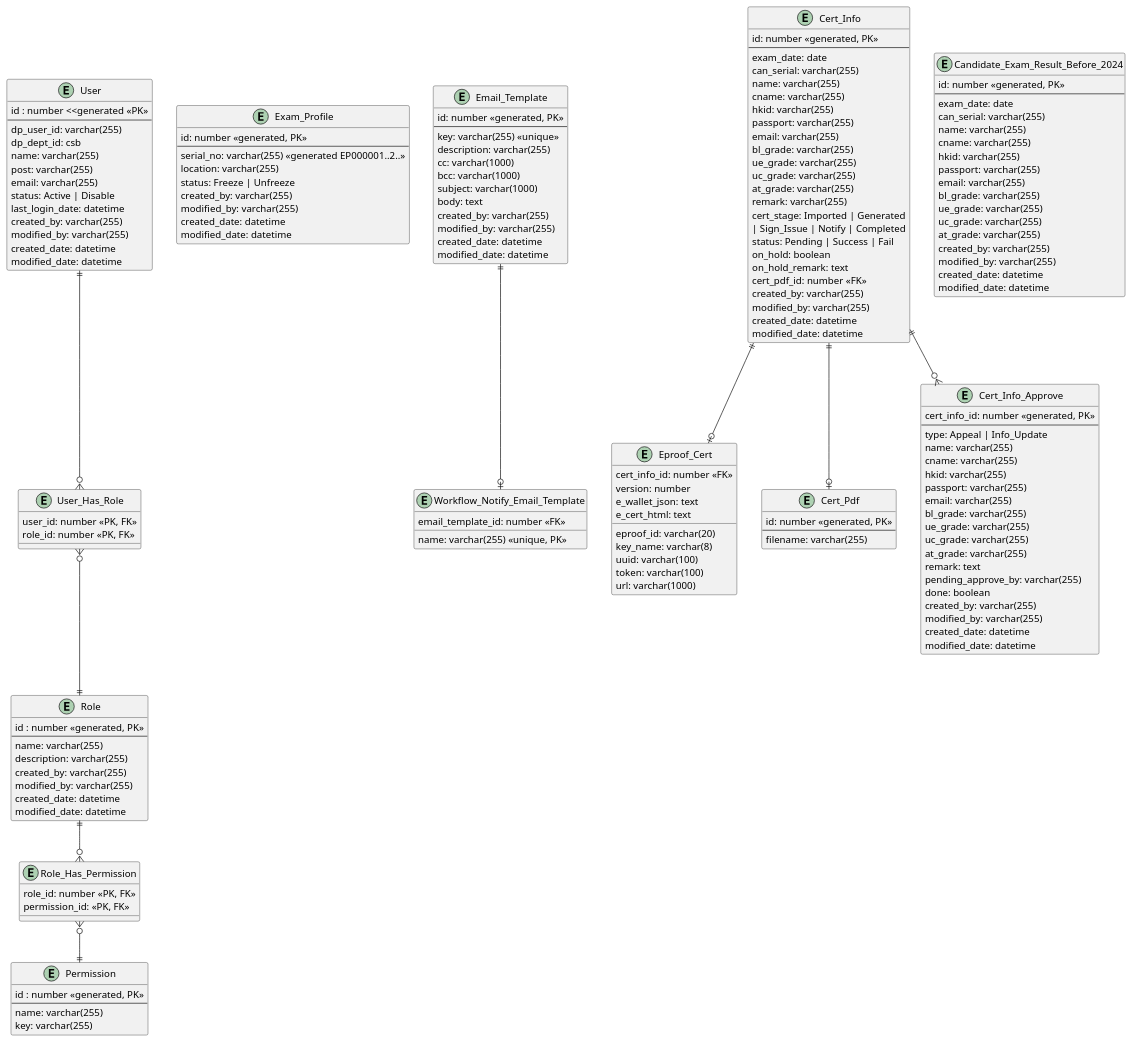
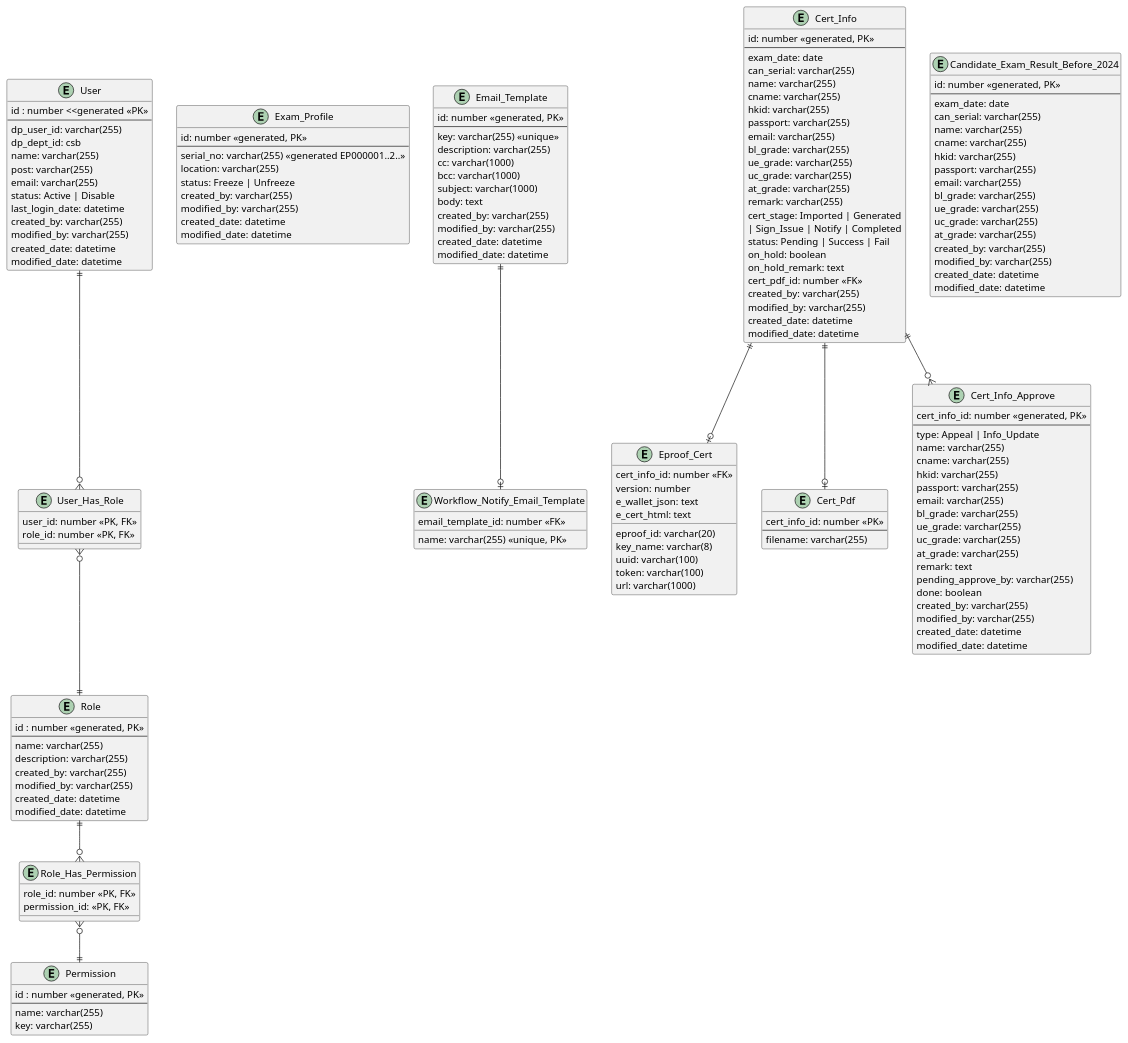
Before and after one commit to igsl-group/csb_eproof: the diagram in er-diagram.puml, drawn with PlantUML. The commit also changed 2 other files, not shown here.

```diff
--- a/er-diagram.puml
+++ b/er-diagram.puml
@@ -1,173 +1,173 @@
 @startuml
 
 entity "User" as user {
   id : number <<generated <<PK>>
   --
   dp_user_id: varchar(255)
   dp_dept_id: csb
   name: varchar(255)
   post: varchar(255)
   email: varchar(255)
   status: Active | Disable
   last_login_date: datetime
   created_by: varchar(255)
   modified_by: varchar(255)
   created_date: datetime
   modified_date: datetime
 }
 
 entity "Role" as role {
   id : number <<generated, PK>>
   --
   name: varchar(255)
   description: varchar(255)
   created_by: varchar(255)
   modified_by: varchar(255)
   created_date: datetime
   modified_date: datetime
 }
 
 entity "Permission" as permission {
   id : number <<generated, PK>>
   --
   name: varchar(255)
   key: varchar(255)
 }
 
 entity "User_Has_Role" as user_has_role {
   user_id: number <<PK, FK>>
   role_id: number <<PK, FK>>
 }
 
 entity "Role_Has_Permission" as role_has_permission {
   role_id: number <<PK, FK>>
   permission_id: <<PK, FK>>
 }
 
 entity "Exam_Profile" as exam_profile {
   id: number <<generated, PK>>
   --
   serial_no: varchar(255) <<generated EP000001..2..>>
   location: varchar(255)
   status: Freeze | Unfreeze
   created_by: varchar(255)
   modified_by: varchar(255)
   created_date: datetime
   modified_date: datetime
 }
 
 entity "Email_Template" as email_template {
   id: number <<generated, PK>>
   --
   key: varchar(255) <<unique>>
   description: varchar(255)
   cc: varchar(1000)
   bcc: varchar(1000)
   subject: varchar(1000)
   body: text
   created_by: varchar(255)
   modified_by: varchar(255)
   created_date: datetime
   modified_date: datetime
 }
 
 entity "Workflow_Notify_Email_Template" as workflow_notify_email_template {
   name: varchar(255) <<unique, PK>>
   email_template_id: number <<FK>>
 }
 
 entity "Eproof_Cert" as eproof_cert {
   cert_info_id: number <<FK>>
   eproof_id: varchar(20)
   key_name: varchar(8)
   uuid: varchar(100)
   version: number
   token: varchar(100)
   e_wallet_json: text
   e_cert_html: text
   url: varchar(1000)
 }
 
 entity "Cert_Pdf" as cert_pdf {
-  id: number <<generated, PK>>
+  cert_info_id: number <<PK>>
   --
   filename: varchar(255)
 }
 
 entity "Cert_Info" as cert_info {
   id: number <<generated, PK>>
   --
   exam_date: date
   can_serial: varchar(255)
   name: varchar(255)
   cname: varchar(255)
   hkid: varchar(255)
   passport: varchar(255)
   email: varchar(255)
   bl_grade: varchar(255)
   ue_grade: varchar(255)
   uc_grade: varchar(255)
   at_grade: varchar(255)
   remark: varchar(255)
   cert_stage: Imported | Generated\n| Sign_Issue | Notify | Completed
   status: Pending | Success | Fail
   on_hold: boolean
   on_hold_remark: text
   cert_pdf_id: number <<FK>>
   created_by: varchar(255)
   modified_by: varchar(255)
   created_date: datetime
   modified_date: datetime
 }
 
 entity "Cert_Info_Approve" as cert_info_approve {
   cert_info_id: number <<generated, PK>>
   --
   type: Appeal | Info_Update
   name: varchar(255)
   cname: varchar(255)
   hkid: varchar(255)
   passport: varchar(255)
   email: varchar(255)
   bl_grade: varchar(255)
   ue_grade: varchar(255)
   uc_grade: varchar(255)
   at_grade: varchar(255)
   remark: text
   pending_approve_by: varchar(255)
   done: boolean
   created_by: varchar(255)
   modified_by: varchar(255)
   created_date: datetime
   modified_date: datetime
 }
 
 entity "Candidate_Exam_Result_Before_2024" as candidate_exam_result_before_2024 {
   id: number <<generated, PK>>
   --
   exam_date: date
   can_serial: varchar(255)
   name: varchar(255)
   cname: varchar(255)
   hkid: varchar(255)
   passport: varchar(255)
   email: varchar(255)
   bl_grade: varchar(255)
   ue_grade: varchar(255)
   uc_grade: varchar(255)
   at_grade: varchar(255)
   created_by: varchar(255)
   modified_by: varchar(255)
   created_date: datetime
   modified_date: datetime
 }
 
 user ||--o{ user_has_role
 user_has_role }o--|| role
 role ||--o{ role_has_permission
 role_has_permission }o--|| permission
 email_template ||--o| workflow_notify_email_template
 cert_info ||--o{ cert_info_approve
 cert_info ||--o| cert_pdf
 cert_info ||--o| eproof_cert
 @enduml
```
